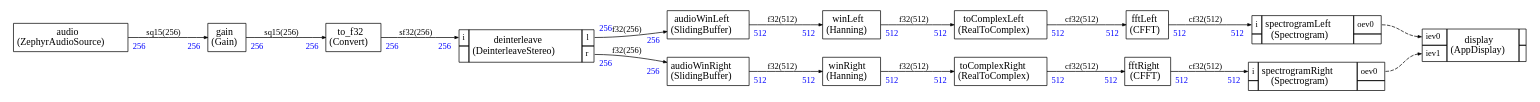
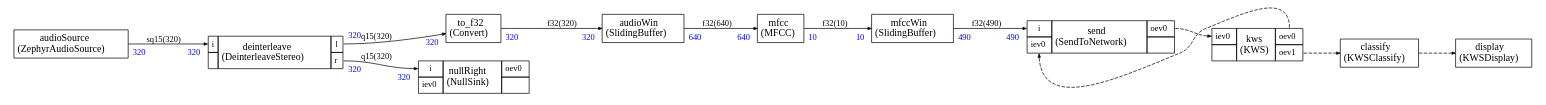
The diagram in src/stream/scheduler/graph.dot (christophe0606/ZephyrAI), drawn with Graphviz before and after one commit. The commit also changed 23 other files, not shown here.

Commit message:
Working KWS with Zephyr

```diff
--- a/src/stream/scheduler/graph.dot
+++ b/src/stream/scheduler/graph.dot
@@ -11,24 +11,17 @@
     edge [arrowsize="0.5",color="black",fontcolor="black",fontname="Times-Roman"]
 
 
-audio [label=<
+audioSource [label=<
 <TABLE color="black" bgcolor="none" BORDER="0" CELLBORDER="1" CELLSPACING="0" CELLPADDING="4">
   <TR>
-    <TD ALIGN="CENTER" PORT="i"><FONT COLOR="black" POINT-SIZE="14.0">audio<BR/>(ZephyrAudioSource)</FONT></TD>
+    <TD ALIGN="CENTER" PORT="i"><FONT COLOR="black" POINT-SIZE="14.0">audioSource<BR/>(ZephyrAudioSource)</FONT></TD>
   </TR>
 </TABLE>>];
 
-audioWinLeft [label=<
+audioWin [label=<
 <TABLE color="black" bgcolor="none" BORDER="0" CELLBORDER="1" CELLSPACING="0" CELLPADDING="4">
   <TR>
-    <TD ALIGN="CENTER" PORT="i"><FONT COLOR="black" POINT-SIZE="14.0">audioWinLeft<BR/>(SlidingBuffer)</FONT></TD>
-  </TR>
-</TABLE>>];
-
-audioWinRight [label=<
-<TABLE color="black" bgcolor="none" BORDER="0" CELLBORDER="1" CELLSPACING="0" CELLPADDING="4">
-  <TR>
-    <TD ALIGN="CENTER" PORT="i"><FONT COLOR="black" POINT-SIZE="14.0">audioWinRight<BR/>(SlidingBuffer)</FONT></TD>
+    <TD ALIGN="CENTER" PORT="i"><FONT COLOR="black" POINT-SIZE="14.0">audioWin<BR/>(SlidingBuffer)</FONT></TD>
   </TR>
 </TABLE>>];
 
@@ -48,71 +41,50 @@
 
 </TABLE>>];
 
-fftLeft [label=<
+mfcc [label=<
 <TABLE color="black" bgcolor="none" BORDER="0" CELLBORDER="1" CELLSPACING="0" CELLPADDING="4">
   <TR>
-    <TD ALIGN="CENTER" PORT="i"><FONT COLOR="black" POINT-SIZE="14.0">fftLeft<BR/>(CFFT)</FONT></TD>
+    <TD ALIGN="CENTER" PORT="i"><FONT COLOR="black" POINT-SIZE="14.0">mfcc<BR/>(MFCC)</FONT></TD>
   </TR>
 </TABLE>>];
 
-fftRight [label=<
+mfccWin [label=<
 <TABLE color="black" bgcolor="none" BORDER="0" CELLBORDER="1" CELLSPACING="0" CELLPADDING="4">
   <TR>
-    <TD ALIGN="CENTER" PORT="i"><FONT COLOR="black" POINT-SIZE="14.0">fftRight<BR/>(CFFT)</FONT></TD>
-  </TR>
-</TABLE>>];
-
-gain [label=<
-<TABLE color="black" bgcolor="none" BORDER="0" CELLBORDER="1" CELLSPACING="0" CELLPADDING="4">
-  <TR>
-    <TD ALIGN="CENTER" PORT="i"><FONT COLOR="black" POINT-SIZE="14.0">gain<BR/>(Gain)</FONT></TD>
+    <TD ALIGN="CENTER" PORT="i"><FONT COLOR="black" POINT-SIZE="14.0">mfccWin<BR/>(SlidingBuffer)</FONT></TD>
   </TR>
 </TABLE>>];
 
 
-spectrogramLeft [label=<
+nullRight [label=<
 <TABLE color="black" bgcolor="none" BORDER="0" CELLBORDER="1" CELLSPACING="0" CELLPADDING="4">
   <TR>
     <TD PORT="i"><FONT POINT-SIZE="12.0" COLOR="black">i</FONT></TD>
-    <TD ALIGN="CENTER" ROWSPAN="2"><FONT COLOR="black" POINT-SIZE="14.0">spectrogramLeft<BR/>(Spectrogram)</FONT></TD>
+    <TD ALIGN="CENTER" ROWSPAN="2"><FONT COLOR="black" POINT-SIZE="14.0">nullRight<BR/>(NullSink)</FONT></TD>
     <TD PORT="oev0"><FONT POINT-SIZE="12.0" COLOR="black">oev0</FONT></TD>
   </TR>
 <TR>
- 
-<TD></TD>
+<TD PORT="iev0"><FONT POINT-SIZE="12.0" COLOR="black">iev0</FONT></TD>
+
  
 <TD></TD></TR>
 
 </TABLE>>];
 
 
-spectrogramRight [label=<
+send [label=<
 <TABLE color="black" bgcolor="none" BORDER="0" CELLBORDER="1" CELLSPACING="0" CELLPADDING="4">
   <TR>
     <TD PORT="i"><FONT POINT-SIZE="12.0" COLOR="black">i</FONT></TD>
-    <TD ALIGN="CENTER" ROWSPAN="2"><FONT COLOR="black" POINT-SIZE="14.0">spectrogramRight<BR/>(Spectrogram)</FONT></TD>
+    <TD ALIGN="CENTER" ROWSPAN="2"><FONT COLOR="black" POINT-SIZE="14.0">send<BR/>(SendToNetwork)</FONT></TD>
     <TD PORT="oev0"><FONT POINT-SIZE="12.0" COLOR="black">oev0</FONT></TD>
   </TR>
 <TR>
- 
-<TD></TD>
+<TD PORT="iev0"><FONT POINT-SIZE="12.0" COLOR="black">iev0</FONT></TD>
+
  
 <TD></TD></TR>
 
-</TABLE>>];
-
-toComplexLeft [label=<
-<TABLE color="black" bgcolor="none" BORDER="0" CELLBORDER="1" CELLSPACING="0" CELLPADDING="4">
-  <TR>
-    <TD ALIGN="CENTER" PORT="i"><FONT COLOR="black" POINT-SIZE="14.0">toComplexLeft<BR/>(RealToComplex)</FONT></TD>
-  </TR>
-</TABLE>>];
-
-toComplexRight [label=<
-<TABLE color="black" bgcolor="none" BORDER="0" CELLBORDER="1" CELLSPACING="0" CELLPADDING="4">
-  <TR>
-    <TD ALIGN="CENTER" PORT="i"><FONT COLOR="black" POINT-SIZE="14.0">toComplexRight<BR/>(RealToComplex)</FONT></TD>
-  </TR>
 </TABLE>>];
 
 to_f32 [label=<
@@ -122,122 +94,92 @@
   </TR>
 </TABLE>>];
 
-winLeft [label=<
+classify [label=<
 <TABLE color="black" bgcolor="none" BORDER="0" CELLBORDER="1" CELLSPACING="0" CELLPADDING="4">
   <TR>
-    <TD ALIGN="CENTER" PORT="i"><FONT COLOR="black" POINT-SIZE="14.0">winLeft<BR/>(Hanning)</FONT></TD>
+    <TD ALIGN="CENTER" PORT="i"><FONT COLOR="black" POINT-SIZE="14.0">classify<BR/>(KWSClassify)</FONT></TD>
   </TR>
 </TABLE>>];
 
-winRight [label=<
+display [label=<
 <TABLE color="black" bgcolor="none" BORDER="0" CELLBORDER="1" CELLSPACING="0" CELLPADDING="4">
   <TR>
-    <TD ALIGN="CENTER" PORT="i"><FONT COLOR="black" POINT-SIZE="14.0">winRight<BR/>(Hanning)</FONT></TD>
+    <TD ALIGN="CENTER" PORT="i"><FONT COLOR="black" POINT-SIZE="14.0">display<BR/>(KWSDisplay)</FONT></TD>
   </TR>
 </TABLE>>];
 
 
-display [label=<
+kws [label=<
 <TABLE color="black" bgcolor="none" BORDER="0" CELLBORDER="1" CELLSPACING="0" CELLPADDING="4">
   <TR>
     <TD PORT="iev0"><FONT POINT-SIZE="12.0" COLOR="black">iev0</FONT></TD>
-    <TD ALIGN="CENTER" ROWSPAN="2"><FONT COLOR="black" POINT-SIZE="14.0">display<BR/>(AppDisplay)</FONT></TD>
-    <TD></TD>
+    <TD ALIGN="CENTER" ROWSPAN="2"><FONT COLOR="black" POINT-SIZE="14.0">kws<BR/>(KWS)</FONT></TD>
+    <TD PORT="oev0"><FONT POINT-SIZE="12.0" COLOR="black">oev0</FONT></TD>
   </TR>
 <TR>
-<TD PORT="iev1"><FONT POINT-SIZE="12.0" COLOR="black">iev1</FONT></TD>
-
  
-<TD></TD></TR>
+<TD></TD>
+<TD PORT="oev1"><FONT POINT-SIZE="12.0" COLOR="black">oev1</FONT></TD>
+</TR>
 
 </TABLE>>];
 
 
 
-audio:i -> gain:i [style="solid",color="black",fontsize="12.0",fontcolor="black",label=<sq15(256)>
-,headlabel=<<TABLE BORDER="0" CELLPADDING="4"><TR><TD><FONT COLOR="blue" POINT-SIZE="12.0" >256</FONT>
+audioSource:i -> deinterleave:i [style="solid",color="black",fontsize="12.0",fontcolor="black",label=<sq15(320)>
+,headlabel=<<TABLE BORDER="0" CELLPADDING="4"><TR><TD><FONT COLOR="blue" POINT-SIZE="12.0" >320</FONT>
 </TD></TR></TABLE>>
-,taillabel=<<TABLE BORDER="0" CELLPADDING="4"><TR><TD><FONT COLOR="blue" POINT-SIZE="12.0" >256</FONT>
+,taillabel=<<TABLE BORDER="0" CELLPADDING="4"><TR><TD><FONT COLOR="blue" POINT-SIZE="12.0" >320</FONT>
 </TD></TR></TABLE>>]
 
-gain:i -> to_f32:i [style="solid",color="black",fontsize="12.0",fontcolor="black",label=<sq15(256)>
-,headlabel=<<TABLE BORDER="0" CELLPADDING="4"><TR><TD><FONT COLOR="blue" POINT-SIZE="12.0" >256</FONT>
+deinterleave:l -> to_f32:i [style="solid",color="black",fontsize="12.0",fontcolor="black",label=<q15(320)>
+,headlabel=<<TABLE BORDER="0" CELLPADDING="4"><TR><TD><FONT COLOR="blue" POINT-SIZE="12.0" >320</FONT>
 </TD></TR></TABLE>>
-,taillabel=<<TABLE BORDER="0" CELLPADDING="4"><TR><TD><FONT COLOR="blue" POINT-SIZE="12.0" >256</FONT>
+,taillabel=<<TABLE BORDER="0" CELLPADDING="4"><TR><TD><FONT COLOR="blue" POINT-SIZE="12.0" >320</FONT>
 </TD></TR></TABLE>>]
 
-to_f32:i -> deinterleave:i [style="solid",color="black",fontsize="12.0",fontcolor="black",label=<sf32(256)>
-,headlabel=<<TABLE BORDER="0" CELLPADDING="4"><TR><TD><FONT COLOR="blue" POINT-SIZE="12.0" >256</FONT>
+to_f32:i -> audioWin:i [style="solid",color="black",fontsize="12.0",fontcolor="black",label=<f32(320)>
+,headlabel=<<TABLE BORDER="0" CELLPADDING="4"><TR><TD><FONT COLOR="blue" POINT-SIZE="12.0" >320</FONT>
 </TD></TR></TABLE>>
-,taillabel=<<TABLE BORDER="0" CELLPADDING="4"><TR><TD><FONT COLOR="blue" POINT-SIZE="12.0" >256</FONT>
+,taillabel=<<TABLE BORDER="0" CELLPADDING="4"><TR><TD><FONT COLOR="blue" POINT-SIZE="12.0" >320</FONT>
 </TD></TR></TABLE>>]
 
-deinterleave:l -> audioWinLeft:i [style="solid",color="black",fontsize="12.0",fontcolor="black",label=<f32(256)>
-,headlabel=<<TABLE BORDER="0" CELLPADDING="4"><TR><TD><FONT COLOR="blue" POINT-SIZE="12.0" >256</FONT>
+audioWin:i -> mfcc:i [style="solid",color="black",fontsize="12.0",fontcolor="black",label=<f32(640)>
+,headlabel=<<TABLE BORDER="0" CELLPADDING="4"><TR><TD><FONT COLOR="blue" POINT-SIZE="12.0" >640</FONT>
 </TD></TR></TABLE>>
-,taillabel=<<TABLE BORDER="0" CELLPADDING="4"><TR><TD><FONT COLOR="blue" POINT-SIZE="12.0" >256</FONT>
+,taillabel=<<TABLE BORDER="0" CELLPADDING="4"><TR><TD><FONT COLOR="blue" POINT-SIZE="12.0" >640</FONT>
 </TD></TR></TABLE>>]
 
-audioWinLeft:i -> winLeft:i [style="solid",color="black",fontsize="12.0",fontcolor="black",label=<f32(512)>
-,headlabel=<<TABLE BORDER="0" CELLPADDING="4"><TR><TD><FONT COLOR="blue" POINT-SIZE="12.0" >512</FONT>
+mfcc:i -> mfccWin:i [style="solid",color="black",fontsize="12.0",fontcolor="black",label=<f32(10)>
+,headlabel=<<TABLE BORDER="0" CELLPADDING="4"><TR><TD><FONT COLOR="blue" POINT-SIZE="12.0" >10</FONT>
 </TD></TR></TABLE>>
-,taillabel=<<TABLE BORDER="0" CELLPADDING="4"><TR><TD><FONT COLOR="blue" POINT-SIZE="12.0" >512</FONT>
+,taillabel=<<TABLE BORDER="0" CELLPADDING="4"><TR><TD><FONT COLOR="blue" POINT-SIZE="12.0" >10</FONT>
 </TD></TR></TABLE>>]
 
-winLeft:i -> toComplexLeft:i [style="solid",color="black",fontsize="12.0",fontcolor="black",label=<f32(512)>
-,headlabel=<<TABLE BORDER="0" CELLPADDING="4"><TR><TD><FONT COLOR="blue" POINT-SIZE="12.0" >512</FONT>
+mfccWin:i -> send:i [style="solid",color="black",fontsize="12.0",fontcolor="black",label=<f32(490)>
+,headlabel=<<TABLE BORDER="0" CELLPADDING="4"><TR><TD><FONT COLOR="blue" POINT-SIZE="12.0" >490</FONT>
 </TD></TR></TABLE>>
-,taillabel=<<TABLE BORDER="0" CELLPADDING="4"><TR><TD><FONT COLOR="blue" POINT-SIZE="12.0" >512</FONT>
+,taillabel=<<TABLE BORDER="0" CELLPADDING="4"><TR><TD><FONT COLOR="blue" POINT-SIZE="12.0" >490</FONT>
 </TD></TR></TABLE>>]
 
-toComplexLeft:i -> fftLeft:i [style="solid",color="black",fontsize="12.0",fontcolor="black",label=<cf32(512)>
-,headlabel=<<TABLE BORDER="0" CELLPADDING="4"><TR><TD><FONT COLOR="blue" POINT-SIZE="12.0" >512</FONT>
+deinterleave:r -> nullRight:i [style="solid",color="black",fontsize="12.0",fontcolor="black",label=<q15(320)>
+,headlabel=<<TABLE BORDER="0" CELLPADDING="4"><TR><TD><FONT COLOR="blue" POINT-SIZE="12.0" >320</FONT>
 </TD></TR></TABLE>>
-,taillabel=<<TABLE BORDER="0" CELLPADDING="4"><TR><TD><FONT COLOR="blue" POINT-SIZE="12.0" >512</FONT>
-</TD></TR></TABLE>>]
-
-fftLeft:i -> spectrogramLeft:i [style="solid",color="black",fontsize="12.0",fontcolor="black",label=<cf32(512)>
-,headlabel=<<TABLE BORDER="0" CELLPADDING="4"><TR><TD><FONT COLOR="blue" POINT-SIZE="12.0" >512</FONT>
-</TD></TR></TABLE>>
-,taillabel=<<TABLE BORDER="0" CELLPADDING="4"><TR><TD><FONT COLOR="blue" POINT-SIZE="12.0" >512</FONT>
-</TD></TR></TABLE>>]
-
-deinterleave:r -> audioWinRight:i [style="solid",color="black",fontsize="12.0",fontcolor="black",label=<f32(256)>
-,headlabel=<<TABLE BORDER="0" CELLPADDING="4"><TR><TD><FONT COLOR="blue" POINT-SIZE="12.0" >256</FONT>
-</TD></TR></TABLE>>
-,taillabel=<<TABLE BORDER="0" CELLPADDING="4"><TR><TD><FONT COLOR="blue" POINT-SIZE="12.0" >256</FONT>
-</TD></TR></TABLE>>]
-
-audioWinRight:i -> winRight:i [style="solid",color="black",fontsize="12.0",fontcolor="black",label=<f32(512)>
-,headlabel=<<TABLE BORDER="0" CELLPADDING="4"><TR><TD><FONT COLOR="blue" POINT-SIZE="12.0" >512</FONT>
-</TD></TR></TABLE>>
-,taillabel=<<TABLE BORDER="0" CELLPADDING="4"><TR><TD><FONT COLOR="blue" POINT-SIZE="12.0" >512</FONT>
-</TD></TR></TABLE>>]
-
-winRight:i -> toComplexRight:i [style="solid",color="black",fontsize="12.0",fontcolor="black",label=<f32(512)>
-,headlabel=<<TABLE BORDER="0" CELLPADDING="4"><TR><TD><FONT COLOR="blue" POINT-SIZE="12.0" >512</FONT>
-</TD></TR></TABLE>>
-,taillabel=<<TABLE BORDER="0" CELLPADDING="4"><TR><TD><FONT COLOR="blue" POINT-SIZE="12.0" >512</FONT>
-</TD></TR></TABLE>>]
-
-toComplexRight:i -> fftRight:i [style="solid",color="black",fontsize="12.0",fontcolor="black",label=<cf32(512)>
-,headlabel=<<TABLE BORDER="0" CELLPADDING="4"><TR><TD><FONT COLOR="blue" POINT-SIZE="12.0" >512</FONT>
-</TD></TR></TABLE>>
-,taillabel=<<TABLE BORDER="0" CELLPADDING="4"><TR><TD><FONT COLOR="blue" POINT-SIZE="12.0" >512</FONT>
-</TD></TR></TABLE>>]
-
-fftRight:i -> spectrogramRight:i [style="solid",color="black",fontsize="12.0",fontcolor="black",label=<cf32(512)>
-,headlabel=<<TABLE BORDER="0" CELLPADDING="4"><TR><TD><FONT COLOR="blue" POINT-SIZE="12.0" >512</FONT>
-</TD></TR></TABLE>>
-,taillabel=<<TABLE BORDER="0" CELLPADDING="4"><TR><TD><FONT COLOR="blue" POINT-SIZE="12.0" >512</FONT>
+,taillabel=<<TABLE BORDER="0" CELLPADDING="4"><TR><TD><FONT COLOR="blue" POINT-SIZE="12.0" >320</FONT>
 </TD></TR></TABLE>>]
 
 
 
-spectrogramLeft:oev0 -> display:iev0 [style="dashed",color="black",fontsize="12.0",fontcolor="black",label=<>
+send:oev0 -> kws:iev0 [style="dashed",color="black",fontsize="12.0",fontcolor="black",label=<>
 
 ]
-spectrogramRight:oev0 -> display:iev1 [style="dashed",color="black",fontsize="12.0",fontcolor="black",label=<>
+kws:oev0 -> send:iev0 [style="dashed",color="black",fontsize="12.0",fontcolor="black",label=<>
+
+]
+kws:oev1 -> classify:i [style="dashed",color="black",fontsize="12.0",fontcolor="black",label=<>
+
+]
+classify:i -> display:i [style="dashed",color="black",fontsize="12.0",fontcolor="black",label=<>
 
 ]
 
```
